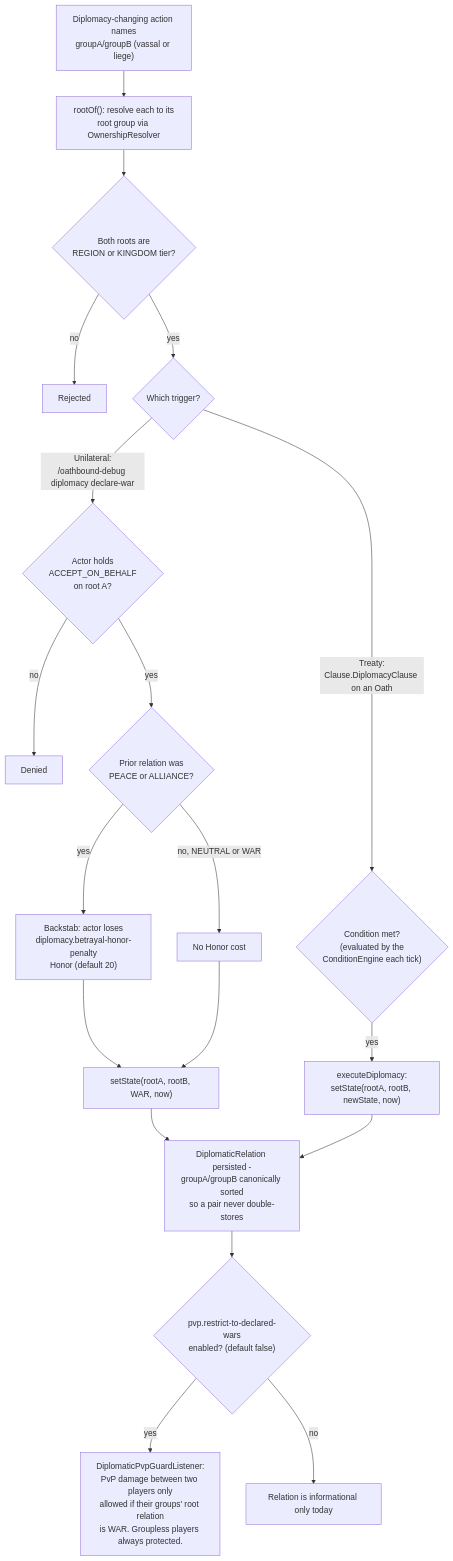
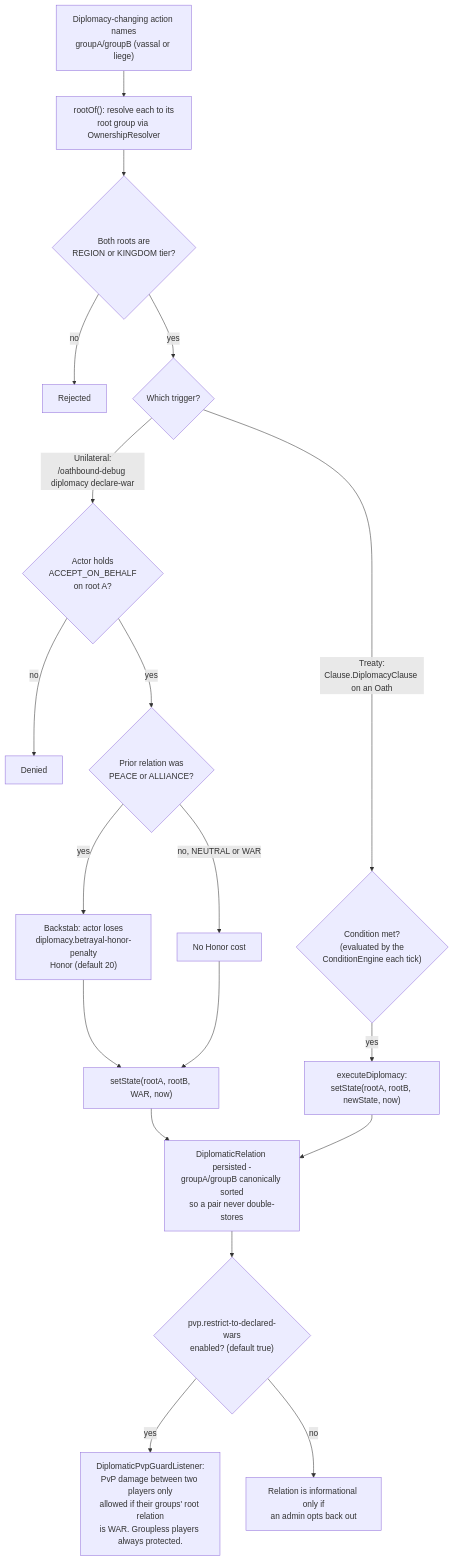
Before and after one commit to philbgarner/oathbound: the second of 2 diagrams in docs/diplomacy.md, drawn with Mermaid. The commit also changed 29 other files, not shown here.

````diff
--- a/docs/diplomacy.md
+++ b/docs/diplomacy.md
@@ -34,25 +34,25 @@
 ```mermaid
 flowchart TD
     Action["Diplomacy-changing action names\ngroupA/groupB (vassal or liege)"] --> Root["rootOf(): resolve each to its\nroot group via OwnershipResolver"]
     Root --> TierGate{"Both roots are\nREGION or KINGDOM tier?"}
     TierGate -->|no| Reject1[Rejected]
     TierGate -->|yes| Trigger{Which trigger?}
 
     Trigger -->|"Unilateral:\n/oathbound-debug diplomacy declare-war"| PermCheck{"Actor holds\nACCEPT_ON_BEHALF\non root A?"}
     PermCheck -->|no| Reject2[Denied]
     PermCheck -->|yes| PriorState{Prior relation was\nPEACE or ALLIANCE?}
     PriorState -->|yes| Betray["Backstab: actor loses\ndiplomacy.betrayal-honor-penalty\nHonor (default 20)"]
     PriorState -->|no, NEUTRAL or WAR| NoCost[No Honor cost]
     Betray --> SetWar["setState(rootA, rootB, WAR, now)"]
     NoCost --> SetWar
 
     Trigger -->|"Treaty:\nClause.DiplomacyClause on an Oath"| CondCheck{"Condition met?\n(evaluated by the\nConditionEngine each tick)"}
     CondCheck -->|yes| SetTreaty["executeDiplomacy:\nsetState(rootA, rootB, newState, now)"]
 
     SetWar --> Persist["DiplomaticRelation persisted -\ngroupA/groupB canonically sorted\nso a pair never double-stores"]
     SetTreaty --> Persist
 
-    Persist --> PvpFlag{"pvp.restrict-to-declared-wars\nenabled? (default false)"}
+    Persist --> PvpFlag{"pvp.restrict-to-declared-wars\nenabled? (default true)"}
     PvpFlag -->|yes| PvpGuard["DiplomaticPvpGuardListener:\nPvP damage between two players only\nallowed if their groups' root relation\nis WAR. Groupless players always protected."]
-    PvpFlag -->|no| NoEffect[Relation is informational only today]
+    PvpFlag -->|no| NoEffect[Relation is informational only if\nan admin opts back out]
 ```
````
